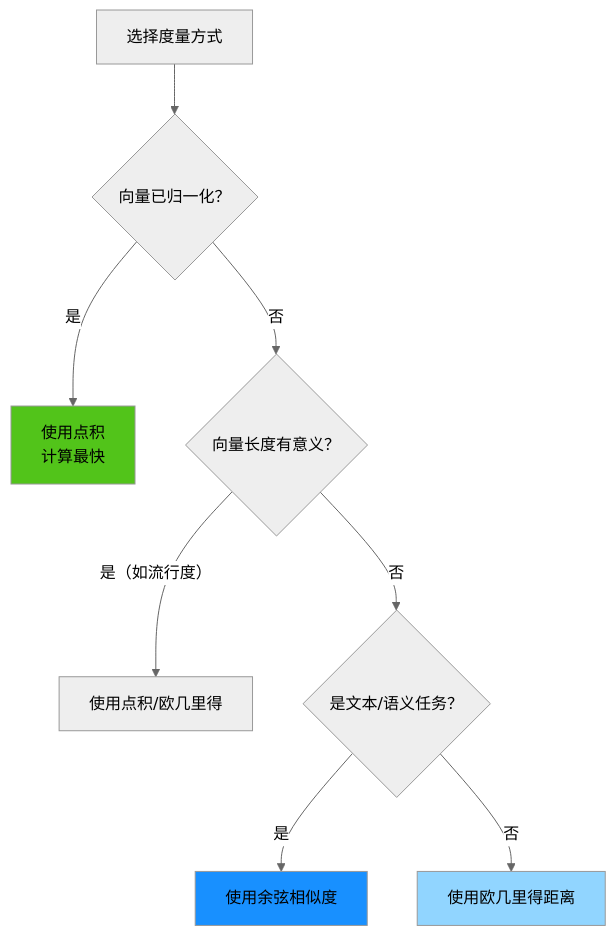
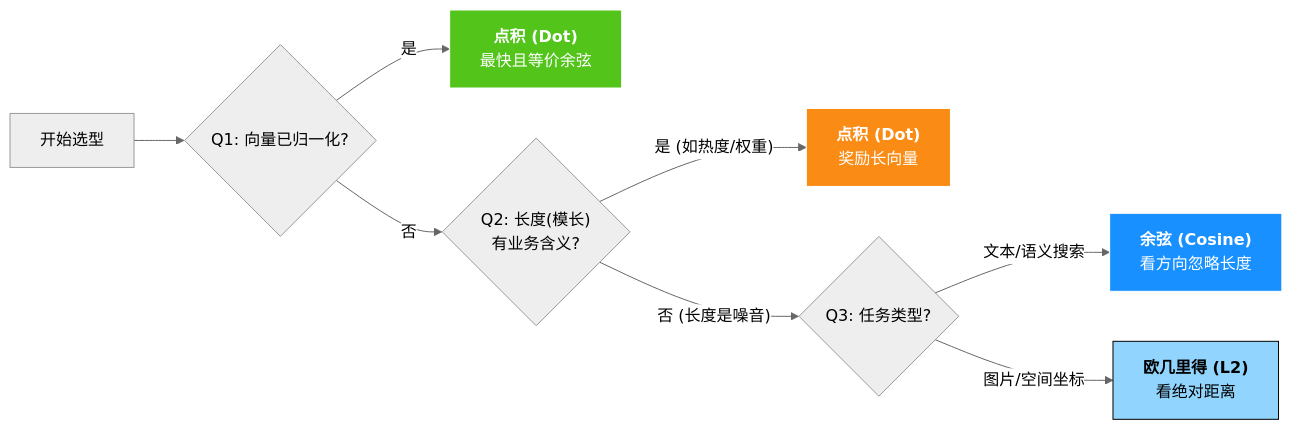
One commit to ThreeFish-AI/agentic-ai-cognizes changed diagram 28 of 38 in docs/research/003-vector-search-algorithm.md. Above: the diagram before and after it, drawn with Mermaid (neutral theme). The commit also changed other lines of this file, not shown here.

````diff
--- a/docs/research/003-vector-search-algorithm.md
+++ b/docs/research/003-vector-search-algorithm.md
@@ -2029,14 +2055,15 @@
 ```mermaid
-flowchart TD
-    START[选择度量方式] --> Q1{向量已归一化？}
-    Q1 --> |是| USE_DOT[使用点积<br/>计算最快]
-    Q1 --> |否| Q2{向量长度有意义？}
-    Q2 --> |是（如流行度）| USE_IP[使用点积/欧几里得]
-    Q2 --> |否| Q3{是文本/语义任务？}
-    Q3 --> |是| USE_COS[使用余弦相似度]
-    Q3 --> |否| USE_L2[使用欧几里得距离]
+flowchart LR
+    START[开始选型] --> Q1{"Q1: 向量已归一化?"}
+    Q1 --> |是| USE_DOT["<b>点积 (Dot)</b><br/>最快且等价余弦"]
+    Q1 --> |否| Q2{"Q2: 长度(模长)<br/>有业务含义?"}
+    Q2 --> |"是 (如热度/权重)"| USE_IP["<b>点积 (Dot)</b><br/>奖励长向量"]
+    Q2 --> |"否 (长度是噪音)"| Q3{"Q3: 任务类型?"}
+    Q3 --> |文本/语义搜索| USE_COS["<b>余弦 (Cosine)</b><br/>看方向忽略长度"]
+    Q3 --> |图片/空间坐标| USE_L2["<b>欧几里得 (L2)</b><br/>看绝对距离"]
 
-    style USE_DOT fill:#52c41a,color:#000000
-    style USE_COS fill:#1890ff,color:#000000
-    style USE_L2 fill:#91d5ff,color:#000000
+    style USE_DOT fill:#52c41a,color:#fff,stroke:#fff
+    style USE_COS fill:#1890ff,color:#fff,stroke:#fff
+    style USE_L2 fill:#91d5ff,color:#000,stroke:#000
+    style USE_IP fill:#fa8c16,color:#fff,stroke:#fff
 ```
````
